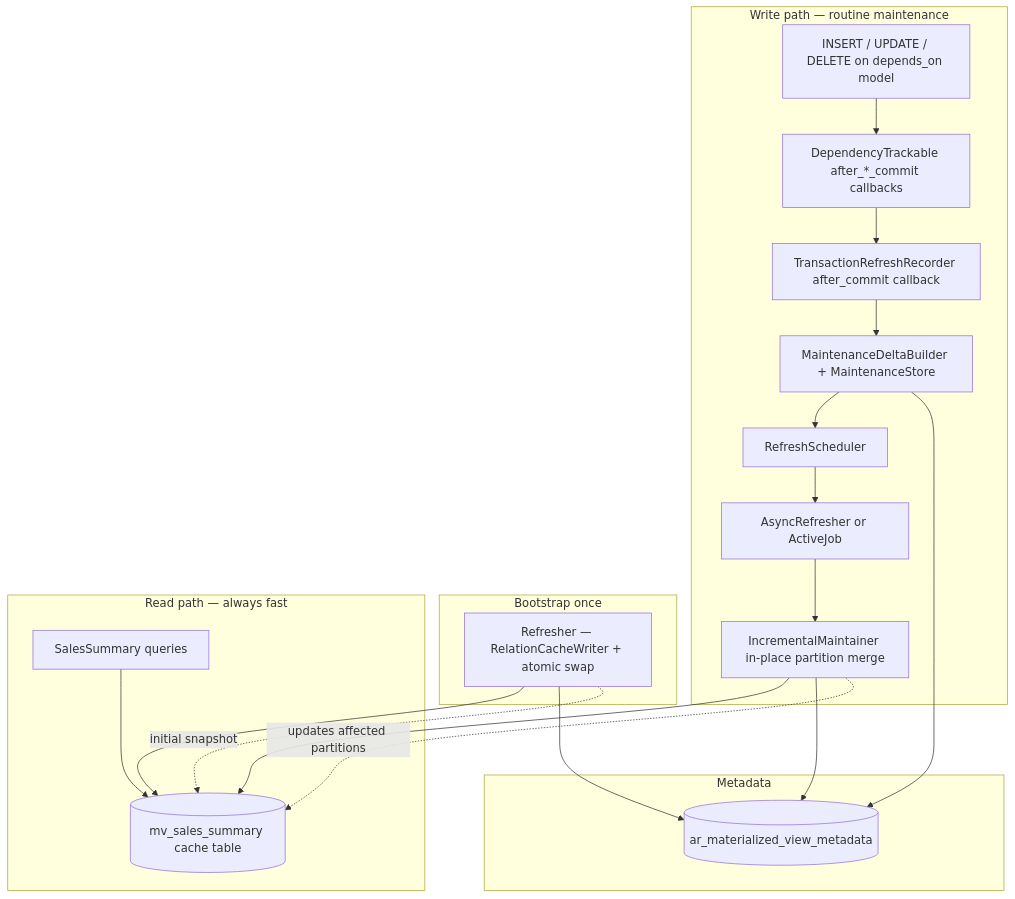
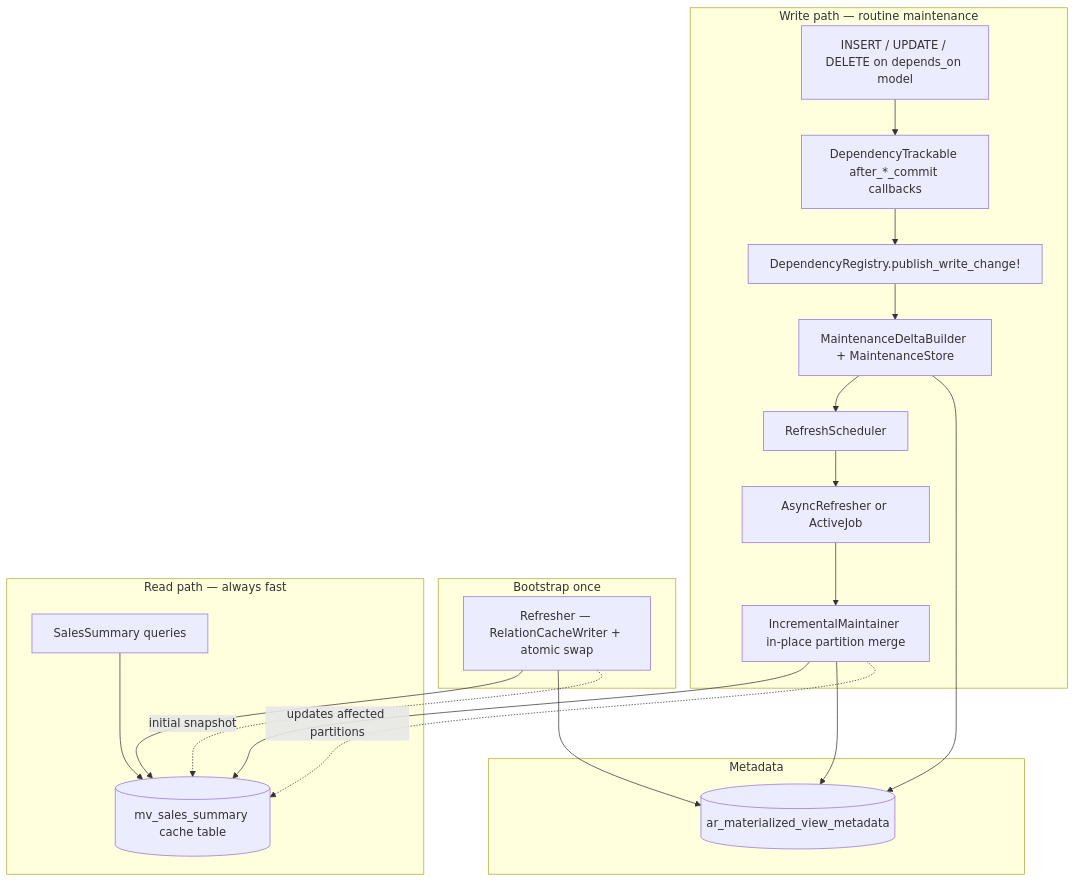
The diagram in README.md (mavrukin/activerecord-materialized), drawn with Mermaid before and after one commit. The commit also changed other lines of this file, not shown here.

First line of the commit message:
Correct README architecture to match the real write path

````diff
--- a/README.md
+++ b/README.md
@@ -57,35 +57,35 @@
 ```mermaid
 flowchart TB
     subgraph writes ["Write path — routine maintenance"]
         W["INSERT / UPDATE / DELETE on depends_on model"]
         DT["DependencyTrackable after_*_commit callbacks"]
-        TR["TransactionRefreshRecorder after_commit callback"]
+        DR["DependencyRegistry.publish_write_change!"]
         MS["MaintenanceDeltaBuilder + MaintenanceStore"]
         RS[RefreshScheduler]
         AR["AsyncRefresher or ActiveJob"]
         IM["IncrementalMaintainer in-place partition merge"]
-        W --> DT --> TR --> MS --> RS --> AR --> IM
+        W --> DT --> DR --> MS --> RS --> AR --> IM
     end
 
     subgraph bootstrap ["Bootstrap once"]
         RF["Refresher — RelationCacheWriter + atomic swap"]
     end
 
     subgraph reads ["Read path — always fast"]
         Q["SalesSummary queries"]
         CT[("mv_sales_summary cache table")]
         Q --> CT
     end
 
     subgraph meta [Metadata]
         MD[("ar_materialized_view_metadata")]
         IM --> CT
         IM --> MD
         MS --> MD
         RF --> CT
         RF --> MD
     end
 
     IM -.->|"updates affected partitions"| CT
     RF -.->|"initial snapshot"| CT
 ```
````
